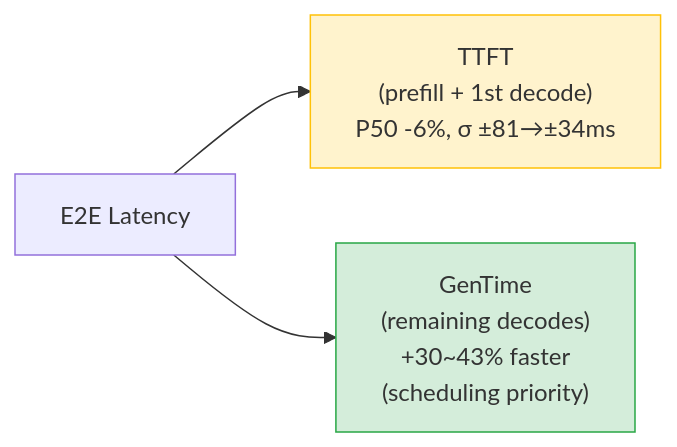
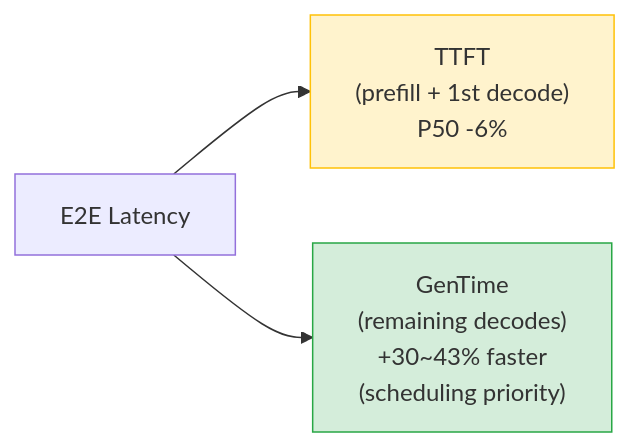
Before and after one commit to david-xinyuwei/david-share: the second of 3 diagrams in Agents/AOAI-Priority-Processing-Benchmark/README.md, drawn with Mermaid. The commit also changed other lines of this file and 1 other file, not shown here.

Commit message:
Remove all Δσ percentage claims (varies wildly by scenario). TTFT table retains raw ±values as data.

````diff
--- a/Agents/AOAI-Priority-Processing-Benchmark/README.md
+++ b/Agents/AOAI-Priority-Processing-Benchmark/README.md
@@ -117,8 +117,8 @@
 ```mermaid
 flowchart LR
-    E2E["E2E Latency"] --> TTFT["TTFT<br/>(prefill + 1st decode)<br/>P50 -6%, σ ±81→±34ms"]
+    E2E["E2E Latency"] --> TTFT["TTFT<br/>(prefill + 1st decode)<br/>P50 -6%"]
     E2E --> GenTime["GenTime<br/>(remaining decodes)<br/>+30~43% faster<br/>(scheduling priority)"]
     
     style TTFT fill:#fff3cd,stroke:#ffc107
     style GenTime fill:#d4edda,stroke:#28a745
 ```
````
